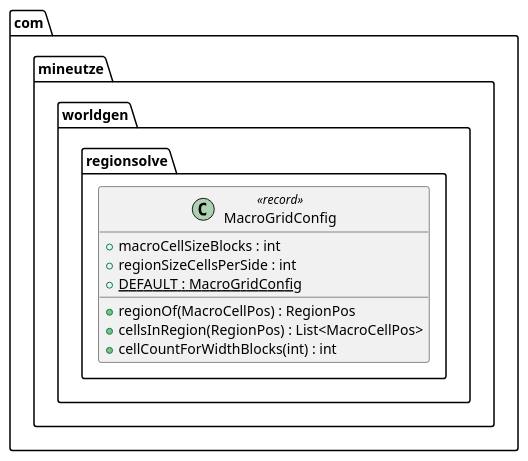
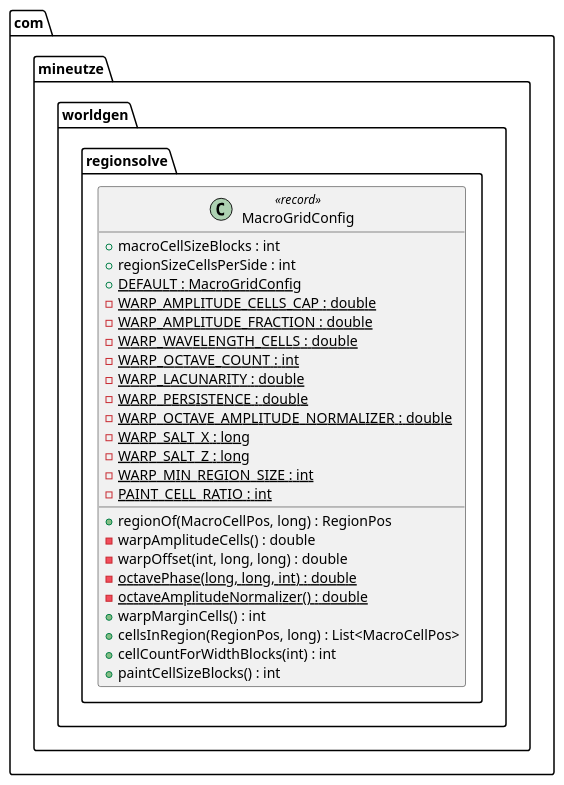
The diagram in companion-mods/mineutze-worldgen/doc/Modelisation/Fragments/com/mineutze/worldgen/regionsolve/MacroGridConfig.puml (Boulede987/Mine-Utz), drawn with PlantUML before and after one commit. The commit also changed 265 other files, not shown here.

```diff
--- a/companion-mods/mineutze-worldgen/doc/Modelisation/Fragments/com/mineutze/worldgen/regionsolve/MacroGridConfig.puml
+++ b/companion-mods/mineutze-worldgen/doc/Modelisation/Fragments/com/mineutze/worldgen/regionsolve/MacroGridConfig.puml
@@ -1,11 +1,28 @@
 namespace com.mineutze.worldgen.regionsolve {
 class MacroGridConfig <<record>> {
   + macroCellSizeBlocks : int
   + regionSizeCellsPerSide : int
   + {static} DEFAULT : MacroGridConfig
-  + regionOf(MacroCellPos) : RegionPos
-  + cellsInRegion(RegionPos) : List<MacroCellPos>
+  - {static} WARP_AMPLITUDE_CELLS_CAP : double
+  - {static} WARP_AMPLITUDE_FRACTION : double
+  - {static} WARP_WAVELENGTH_CELLS : double
+  - {static} WARP_OCTAVE_COUNT : int
+  - {static} WARP_LACUNARITY : double
+  - {static} WARP_PERSISTENCE : double
+  - {static} WARP_OCTAVE_AMPLITUDE_NORMALIZER : double
+  - {static} WARP_SALT_X : long
+  - {static} WARP_SALT_Z : long
+  - {static} WARP_MIN_REGION_SIZE : int
+  - {static} PAINT_CELL_RATIO : int
+  + regionOf(MacroCellPos, long) : RegionPos
+  - warpAmplitudeCells() : double
+  - warpOffset(int, long, long) : double
+  - {static} octavePhase(long, long, int) : double
+  - {static} octaveAmplitudeNormalizer() : double
+  + warpMarginCells() : int
+  + cellsInRegion(RegionPos, long) : List<MacroCellPos>
   + cellCountForWidthBlocks(int) : int
+  + paintCellSizeBlocks() : int
 }
 
 }
```
